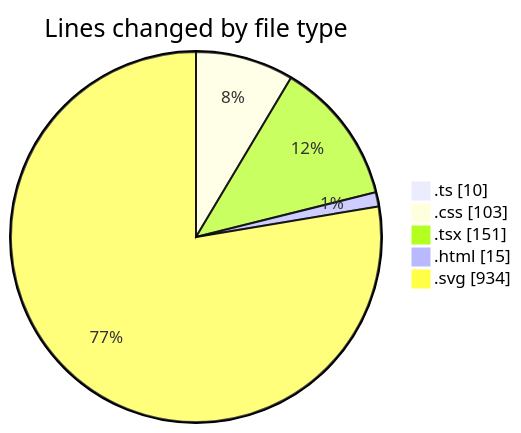
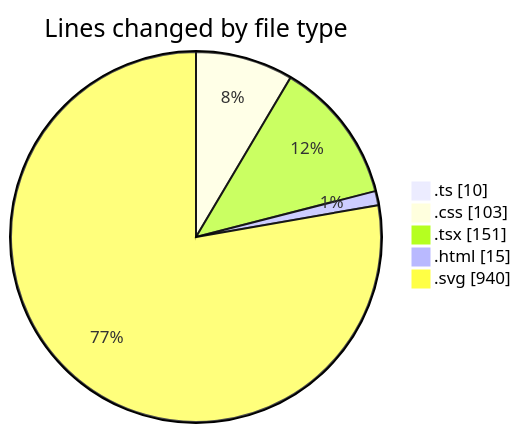
Before and after one commit to EIIisD/code-tracking: the first of 2 diagrams in 2025-07-31/tw-server/README.md, drawn with Mermaid. The commit also changed other lines of this file and 1 other file, not shown here.

````diff
--- a/2025-07-31/tw-server/README.md
+++ b/2025-07-31/tw-server/README.md
@@ -32,9 +32,9 @@
 ```mermaid
 pie showData
 title Lines changed by file type
 ".ts" : 10
 ".css" : 103
 ".tsx" : 151
 ".html" : 15
-".svg" : 934
+".svg" : 940
 ```
````
